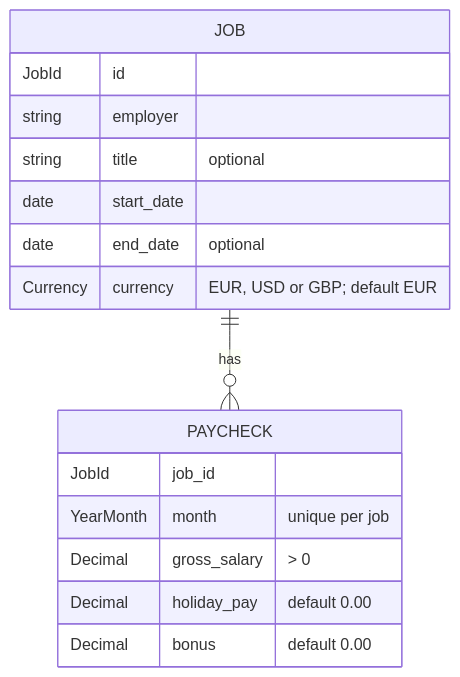
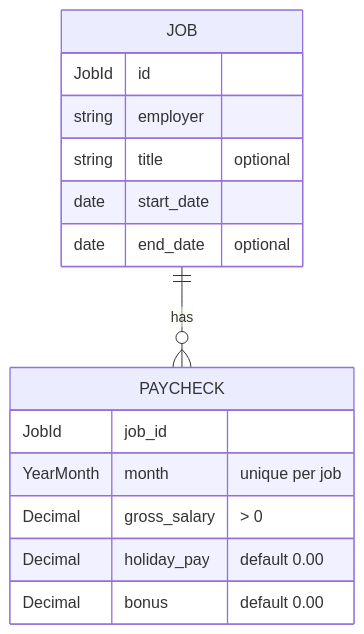
One commit to BardoelT/personal-finance changed the second of 2 diagrams in docs/csd/CSD-001-employment-income.md. Above: the diagram before and after it, drawn with Mermaid. The commit also changed other lines of this file and 27 other files, not shown here.

````diff
--- a/docs/csd/CSD-001-employment-income.md
+++ b/docs/csd/CSD-001-employment-income.md
@@ -347,19 +421,18 @@
 ```mermaid
 erDiagram
     JOB ||--o{ PAYCHECK : has
     JOB {
         JobId id
         string employer
         string title "optional"
         date start_date
         date end_date "optional"
-        Currency currency "EUR, USD or GBP; default EUR"
     }
     PAYCHECK {
         JobId job_id
         YearMonth month "unique per job"
         Decimal gross_salary "> 0"
         Decimal holiday_pay "default 0.00"
         Decimal bonus "default 0.00"
     }
 ```
````
